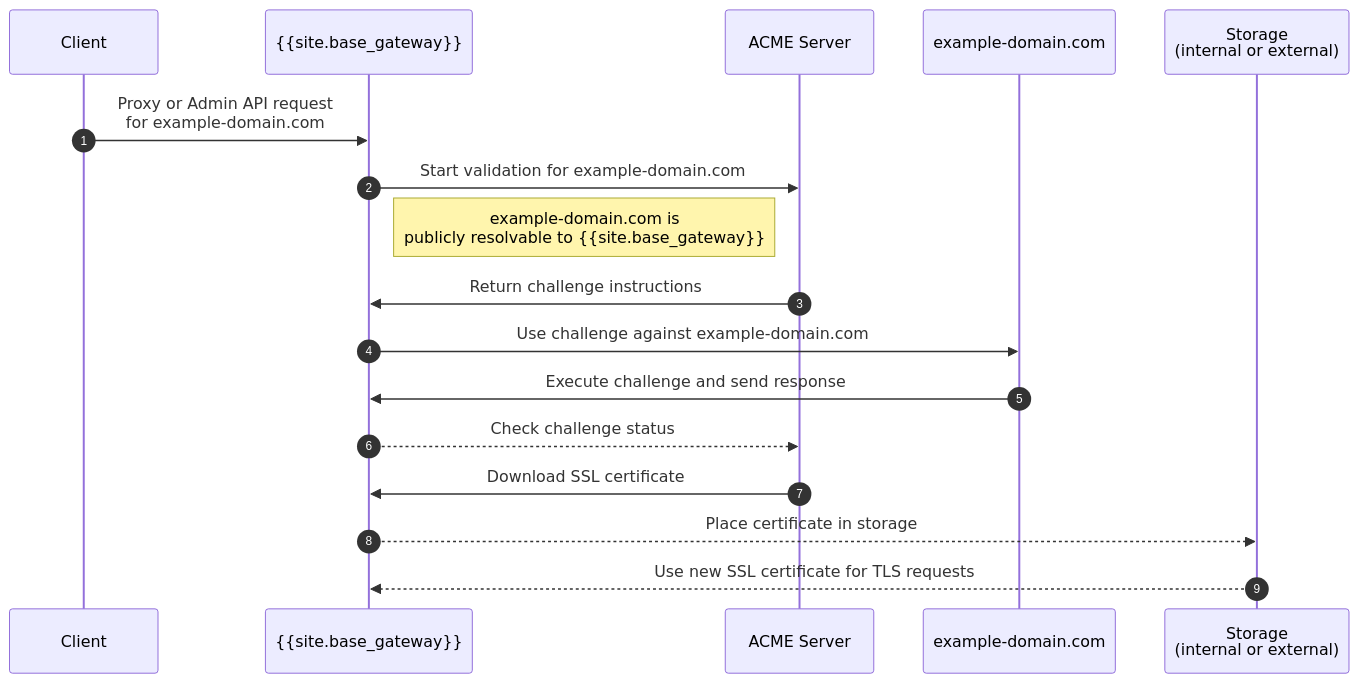
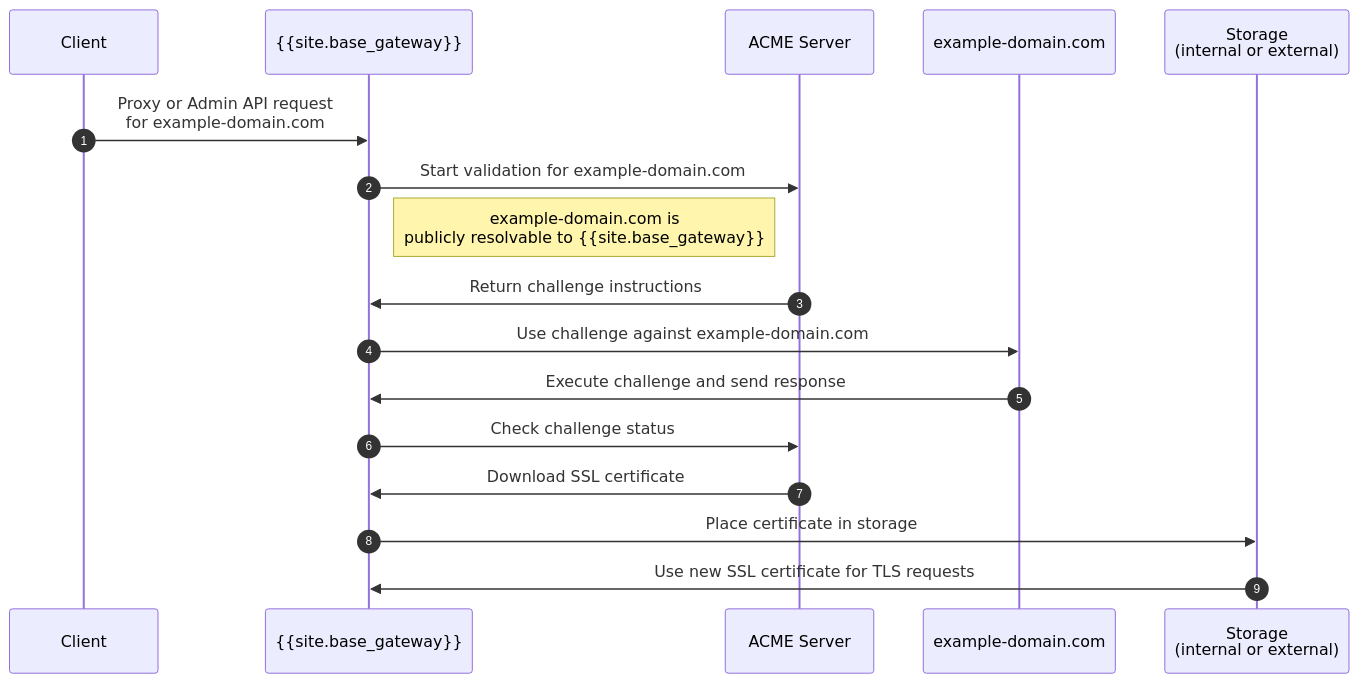
Before and after one commit to Kong/developer.konghq.com: the diagram in app/_kong_plugins/acme/index.md, drawn with Mermaid.

Commit message:
remove dotted lines

```diff
--- a/app/_kong_plugins/acme/index.md
+++ b/app/_kong_plugins/acme/index.md
@@ -143,20 +143,20 @@
 {% mermaid %}
 sequenceDiagram
     autonumber
     participant client as Client
     participant kong as {{site.base_gateway}}
     participant acme as ACME Server
     participant domain as example-domain.com
     participant storage as Storage <br>(internal or external)
 
     client->>kong: Proxy or Admin API request <br> for example-domain.com
     kong->>acme: Start validation for example-domain.com
     note left of acme: example-domain.com is <br> publicly resolvable to {{site.base_gateway}}
     acme->>kong: Return challenge instructions
     kong->>domain: Use challenge against example-domain.com
     domain->>kong: Execute challenge and send response
-    kong-->>acme: Check challenge status
+    kong->>acme: Check challenge status
     acme->>kong: Download SSL certificate
-    kong-->>storage: Place certificate in storage
-    storage-->>kong: Use new SSL certificate for TLS requests
+    kong->>storage: Place certificate in storage
+    storage->>kong: Use new SSL certificate for TLS requests
 {% endmermaid %}
```
